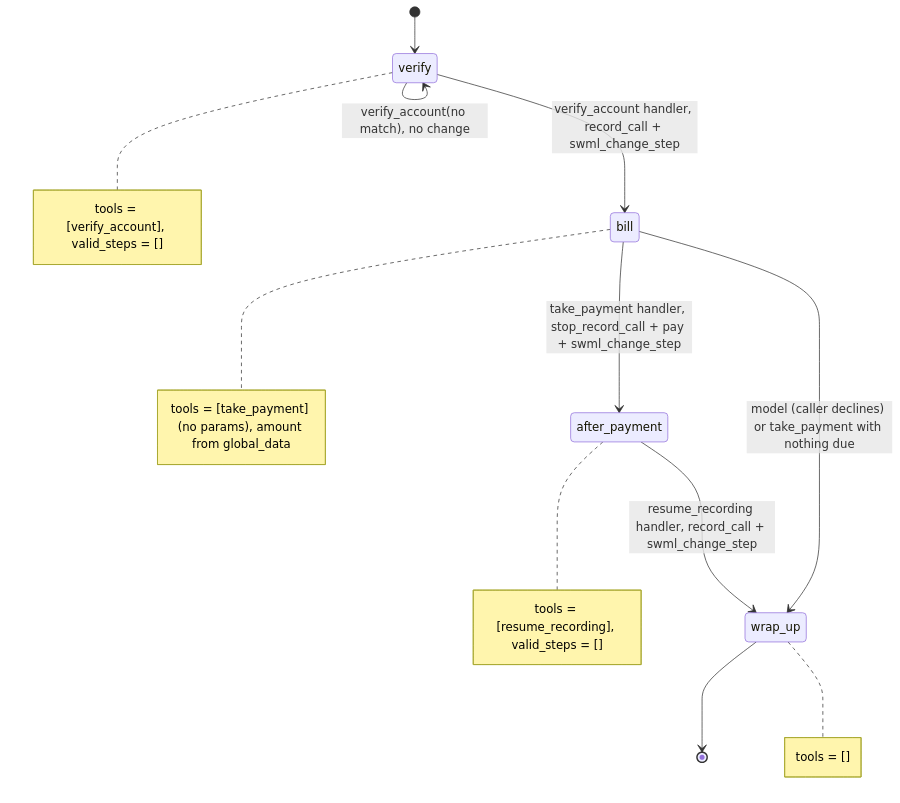
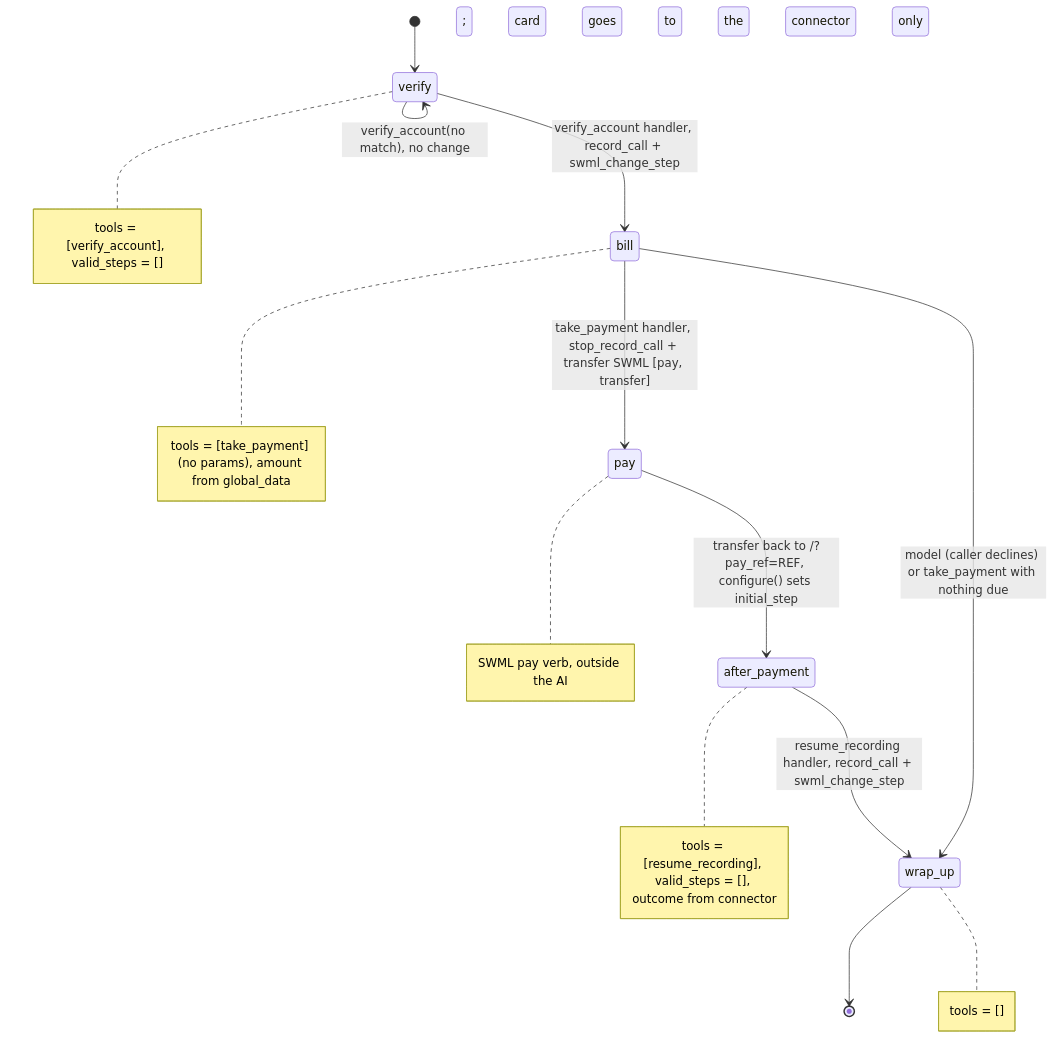
One commit to signalwire-demos/ai-recipes changed the diagram in recipes/10-utility-bill-payment-line/README.md. Above: the diagram before and after it, drawn with Mermaid. The commit also changed other lines of this file and 3 other files, not shown here.

Commit message:
10-utility-bill-payment-line: run pay outside the AI (409 Wait for ai to finish live), outcome from server-side evidence not ${pay_result}, parse wire-shape pay parameters, wrap_up valid_steps=[] (#67)

````diff
--- a/recipes/10-utility-bill-payment-line/README.md
+++ b/recipes/10-utility-bill-payment-line/README.md
@@ -30,14 +38,16 @@
 ```mermaid
 stateDiagram-v2
     [*] --> verify
     verify --> verify: verify_account(no match), no change
     verify --> bill: verify_account handler, record_call + swml_change_step
-    bill --> after_payment: take_payment handler, stop_record_call + pay + swml_change_step
+    bill --> pay: take_payment handler, stop_record_call + transfer SWML [pay, transfer]
+    pay --> after_payment: transfer back to /?pay_ref=REF, configure() sets initial_step
     bill --> wrap_up: model (caller declines) or take_payment with nothing due
     after_payment --> wrap_up: resume_recording handler, record_call + swml_change_step
     wrap_up --> [*]
     note right of verify: tools = [verify_account], valid_steps = []
     note right of bill: tools = [take_payment] (no params), amount from global_data
-    note right of after_payment: tools = [resume_recording], valid_steps = []
+    note right of pay: SWML pay verb, outside the AI; card goes to the connector only
+    note right of after_payment: tools = [resume_recording], valid_steps = [], outcome from connector
     note right of wrap_up: tools = []
 ```
````
